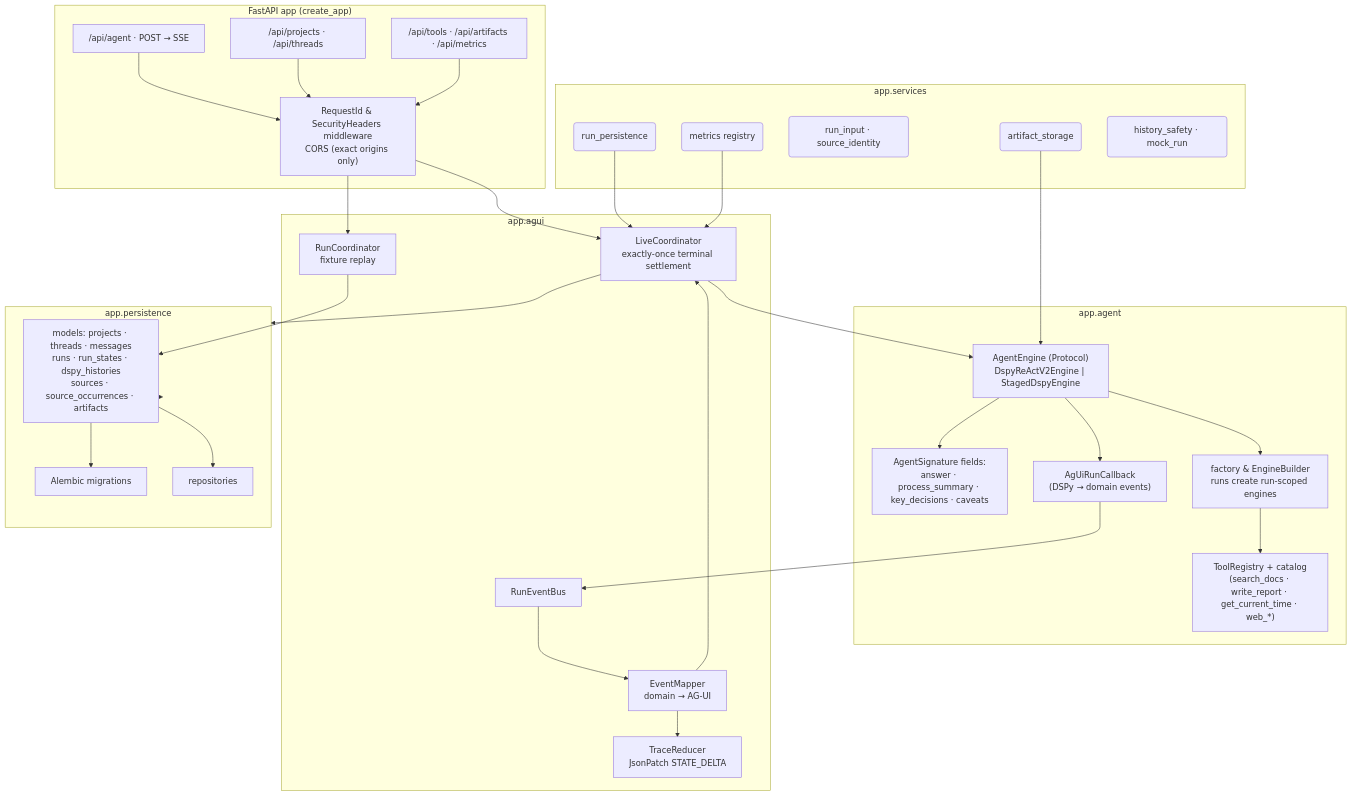
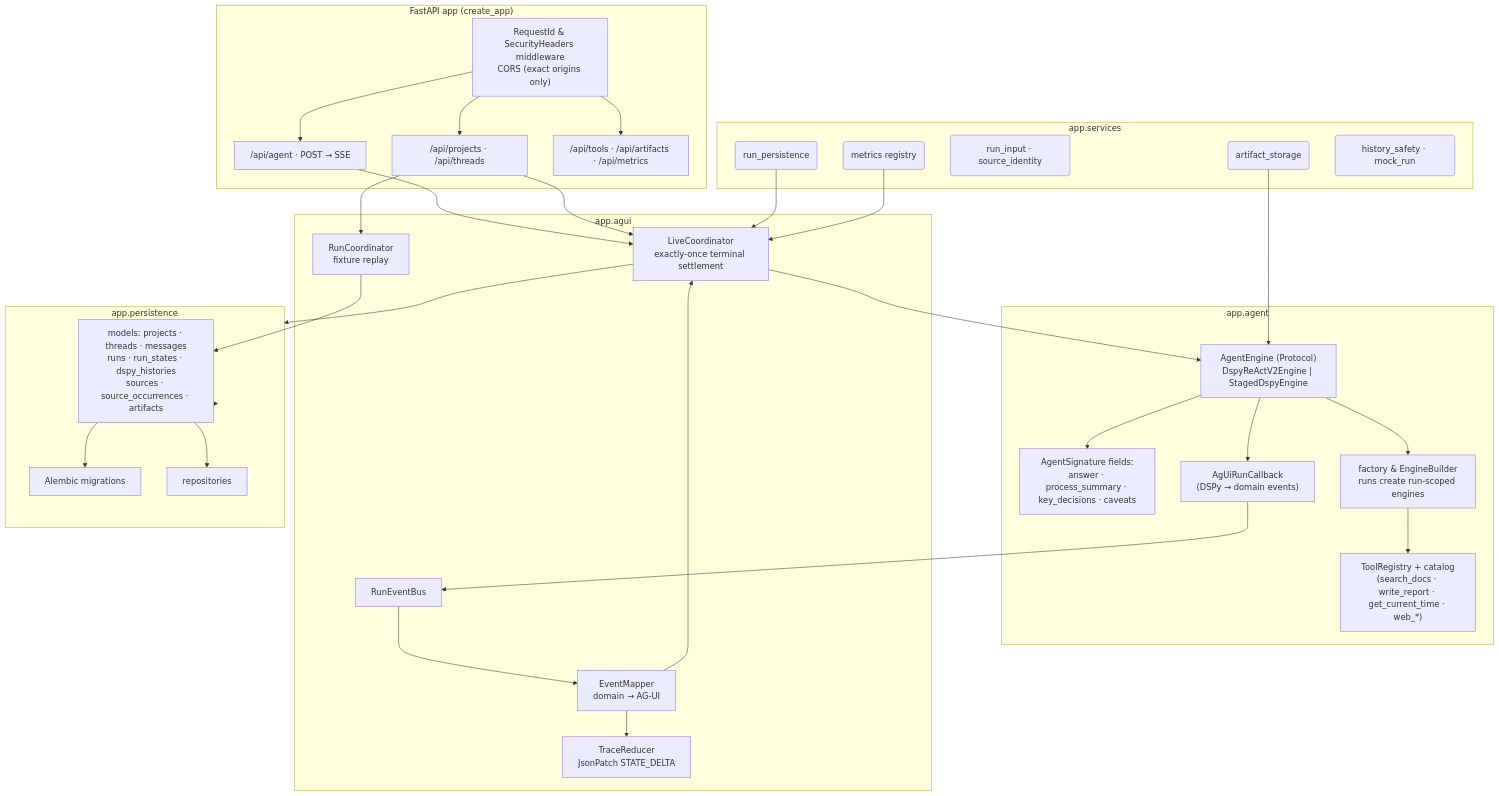
The second of 5 diagrams in docs/architecture.md (Qredence/fleet-agent), drawn with Mermaid before and after one commit. The commit also changed 2 other files, not shown here.

Commit message:
fix: apply CodeRabbit auto-fixes
Fixed 3 file(s) based on 3 unresolved review comments.

````diff
--- a/docs/architecture.md
+++ b/docs/architecture.md
@@ -55,47 +55,47 @@
 ```mermaid
 flowchart TB
     subgraph API["FastAPI app (create_app)"]
         SW["RequestId & SecurityHeaders middleware\nCORS (exact origins only)"]
         R1["/api/agent · POST → SSE"]
         R2["/api/projects · /api/threads"]
         R3["/api/tools · /api/artifacts · /api/metrics"]
     end
 
     subgraph AGENTSVC["app.agent"]
         E["AgentEngine (Protocol)\nDspyReActV2Engine | StagedDspyEngine"]
         SIG["AgentSignature fields:\nanswer · process_summary · key_decisions · caveats"]
         F["factory & EngineBuilder\nruns create run-scoped engines"]
         TC["ToolRegistry + catalog\n(search_docs · write_report · get_current_time · web_*)"]
         CB["AgUiRunCallback\n(DSPy → domain events)"]
     end
 
     subgraph AGUI["app.agui"]
         BC["RunEventBus"]
         LC["LiveCoordinator\nexactly-once terminal settlement"]
         RC["RunCoordinator\nfixture replay"]
         EMP["EventMapper\ndomain → AG-UI"]
         TR["TraceReducer\nJsonPatch STATE_DELTA"]
     end
 
     subgraph PERS["app.persistence"]
         MOD["models: projects · threads · messages\nruns · run_states · dspy_histories\nsources · source_occurrences · artifacts"]
         MIG["Alembic migrations"]
         REPO["repositories"]
     end
 
     subgraph SVC["app.services"]
         ART("artifact_storage")
         RPI("run_persistence")
         RUNI("run_input · source_identity")
         METR("metrics registry")
         HIST("history_safety · mock_run")
     end
 
-    R1 --> SW; R2 --> SW; R3 --> SW
-    SW --> LC; SW --> RC
+    SW --> R1; SW --> R2; SW --> R3
+    R1 --> LC; R2 --> LC; R2 --> RC
     LC --> E; RC --> MOD
     E --> F; E --> SIG; F --> TC; E --> CB
     CB --> BC; BC --> EMP; EMP --> TR; EMP --> LC
     LC --> PERS; PERS --> MOD; MOD --> MIG; MOD --> REPO
     ART --> E; RPI --> LC; METR --> LC
 ```
````
